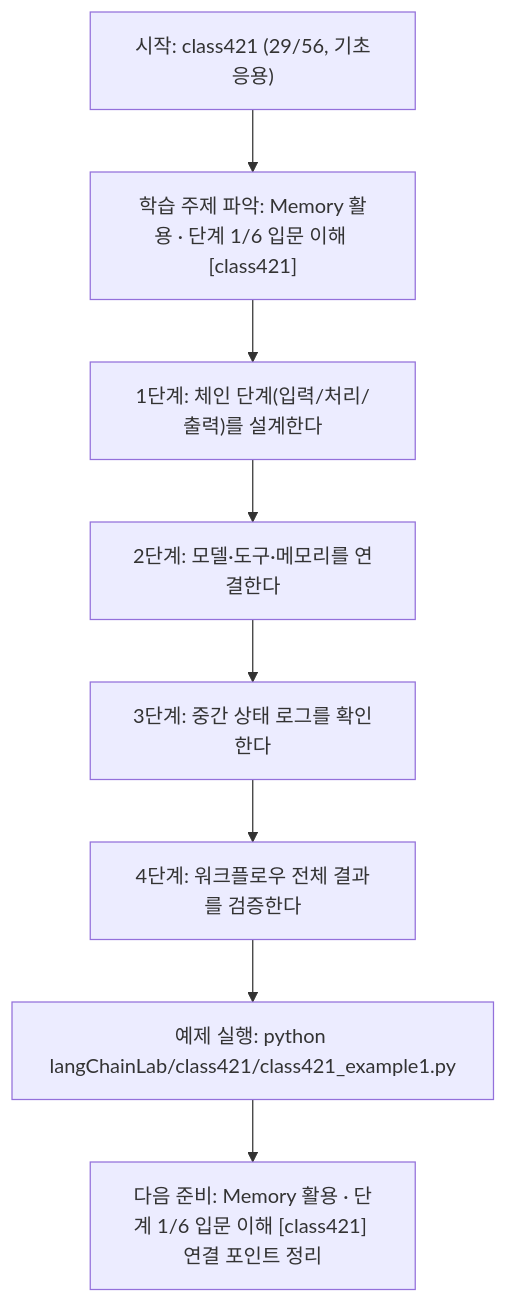
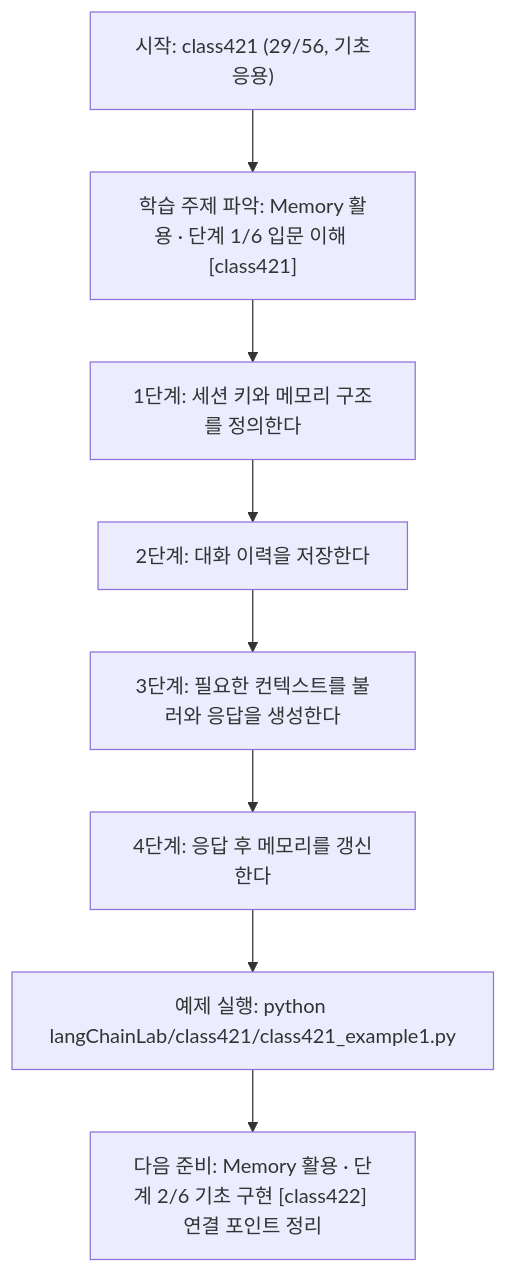
One commit to edumgt/Python-AI_Agent-Class changed the diagram in langChainLab/class421/class421.md. Above: the diagram before and after it, drawn with Mermaid. The commit also changed other lines of this file and 395 other files, not shown here.

````diff
--- a/langChainLab/class421/class421.md
+++ b/langChainLab/class421/class421.md
@@ -109,18 +91,18 @@
 ```mermaid
 flowchart TD
 N1["시작: class421 (29/56, 기초응용)"]
 N2["학습 주제 파악: Memory 활용 · 단계 1/6 입문 이해 [class421]"]
-N3["1단계: 체인 단계(입력/처리/출력)를 설계한다"]
-N4["2단계: 모델·도구·메모리를 연결한다"]
-N5["3단계: 중간 상태 로그를 확인한다"]
-N6["4단계: 워크플로우 전체 결과를 검증한다"]
+N3["1단계: 세션 키와 메모리 구조를 정의한다"]
+N4["2단계: 대화 이력을 저장한다"]
+N5["3단계: 필요한 컨텍스트를 불러와 응답을 생성한다"]
+N6["4단계: 응답 후 메모리를 갱신한다"]
 N7["예제 실행: python langChainLab/class421/class421_example1.py"]
-N8["다음 준비: Memory 활용 · 단계 1/6 입문 이해 [class421] 연결 포인트 정리"]
+N8["다음 준비: Memory 활용 · 단계 2/6 기초 구현 [class422] 연결 포인트 정리"]
 N1 --> N2
 N2 --> N3
 N3 --> N4
 N4 --> N5
 N5 --> N6
 N6 --> N7
 N7 --> N8
 ```
````
